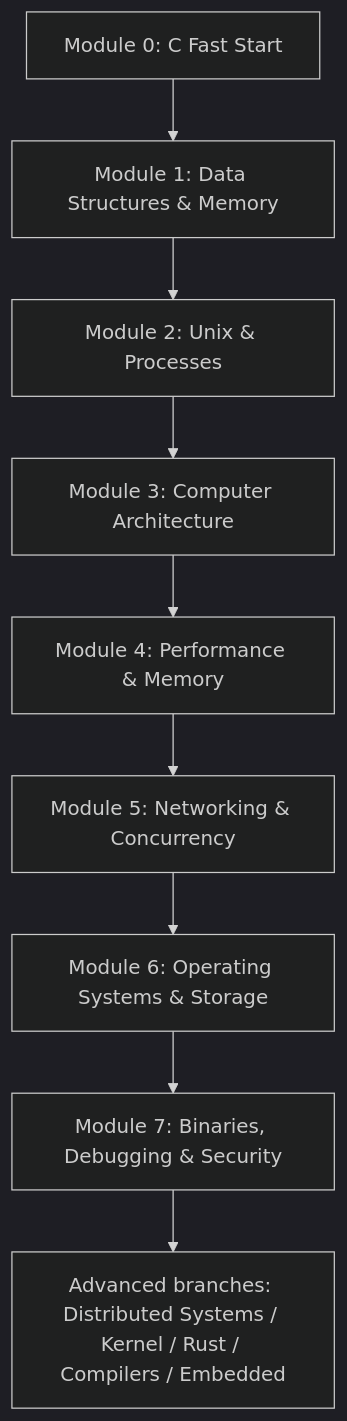
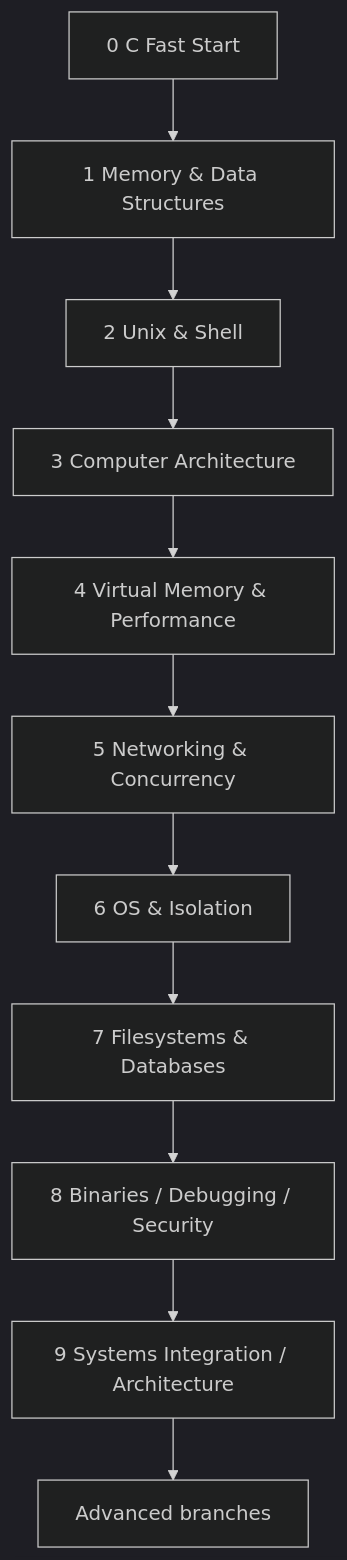
Before and after one commit to Ramzes8981/project-based-learning: the second of 2 diagrams in course/README.md, drawn with Mermaid (dark theme). The commit also changed other lines of this file, not shown here.

Commit message:
replace syllabus with audited ten-module course index

````diff
--- a/course/README.md
+++ b/course/README.md
@@ -59,11 +61,13 @@
 ```mermaid
 flowchart TD
-    M0[Module 0: C Fast Start] --> M1[Module 1: Data Structures & Memory]
-    M1 --> M2[Module 2: Unix & Processes]
-    M2 --> M3[Module 3: Computer Architecture]
-    M3 --> M4[Module 4: Performance & Memory]
-    M4 --> M5[Module 5: Networking & Concurrency]
-    M5 --> M6[Module 6: Operating Systems & Storage]
-    M6 --> M7[Module 7: Binaries, Debugging & Security]
-    M7 --> ADV[Advanced branches: Distributed Systems / Kernel / Rust / Compilers / Embedded]
+    M0[0 C Fast Start] --> M1[1 Memory & Data Structures]
+    M1 --> M2[2 Unix & Shell]
+    M2 --> M3[3 Computer Architecture]
+    M3 --> M4[4 Virtual Memory & Performance]
+    M4 --> M5[5 Networking & Concurrency]
+    M5 --> M6[6 OS & Isolation]
+    M6 --> M7[7 Filesystems & Databases]
+    M7 --> M8[8 Binaries / Debugging / Security]
+    M8 --> M9[9 Systems Integration / Architecture]
+    M9 --> ADV[Advanced branches]
 ```
````
